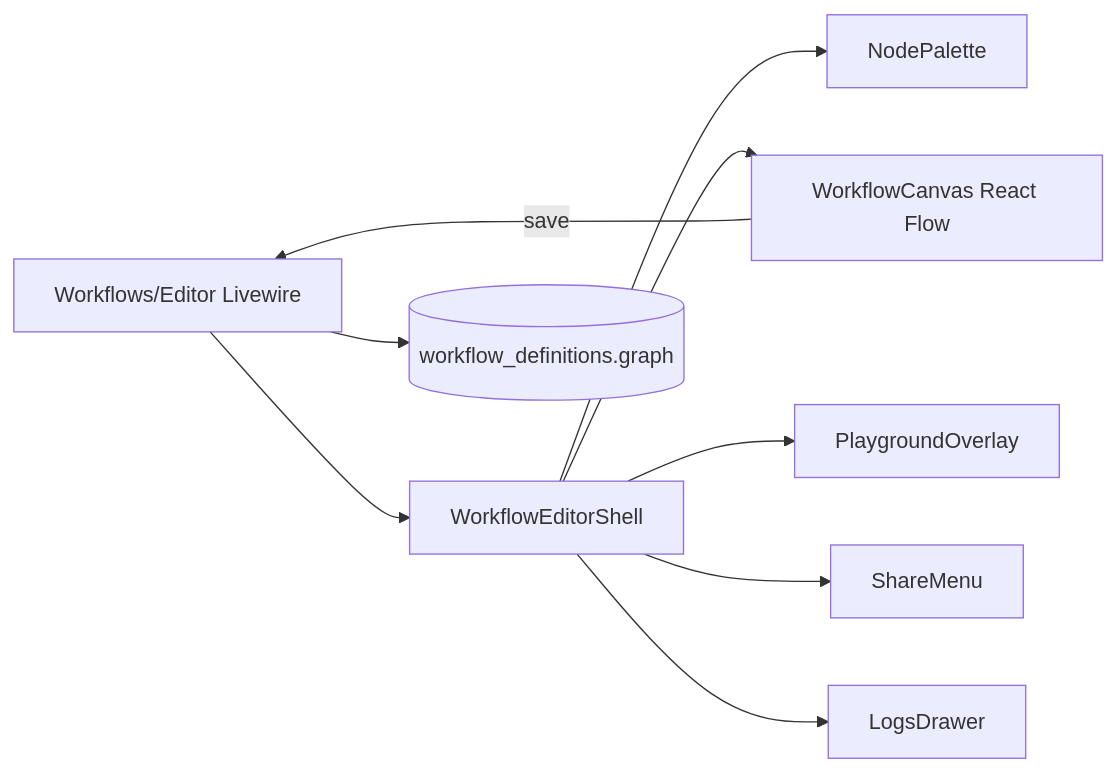
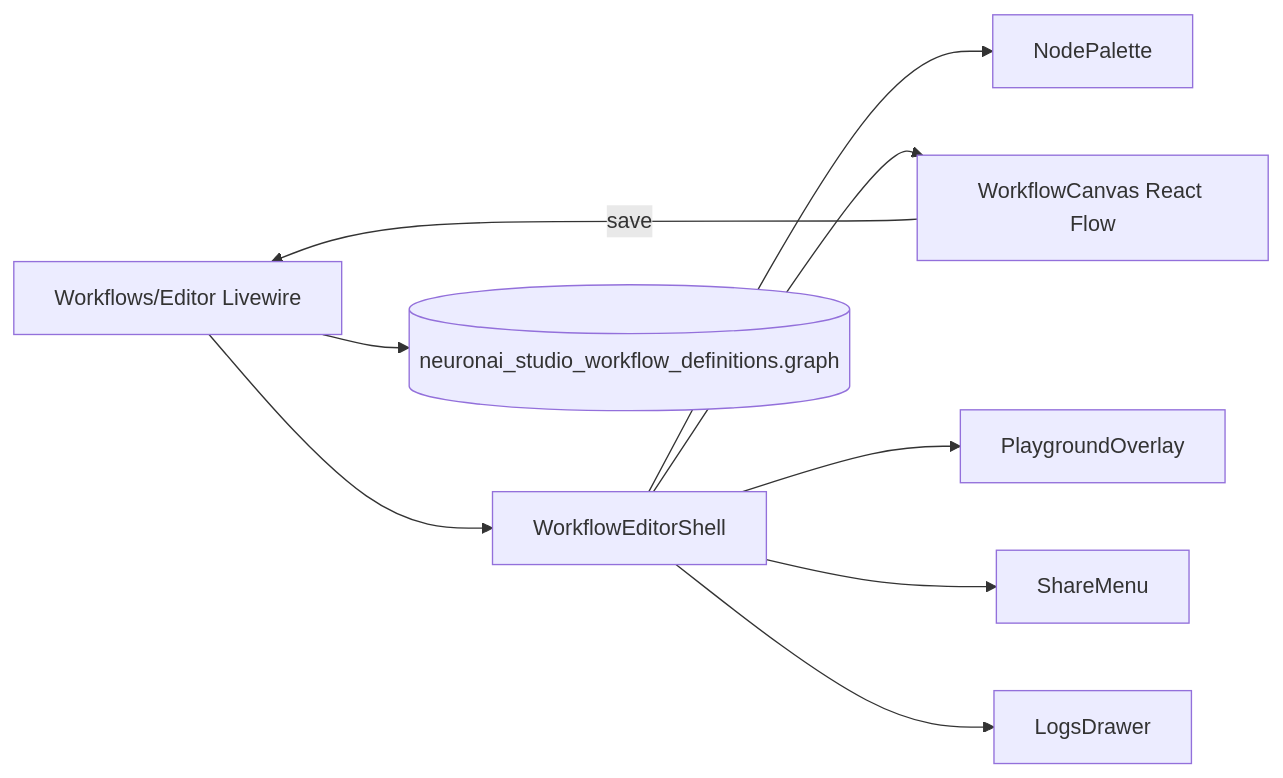
Before and after one commit to digitalelvis/neuronai-studio: the diagram in docs/guides/workflows/canvas-editor.md, drawn with Mermaid. The commit also changed 37 other files, not shown here.

````diff
--- a/docs/guides/workflows/canvas-editor.md
+++ b/docs/guides/workflows/canvas-editor.md
@@ -39,11 +39,11 @@
 ```mermaid
 flowchart LR
     Livewire[Workflows/Editor Livewire] --> Shell[WorkflowEditorShell]
     Shell --> Palette[NodePalette]
     Shell --> Canvas[WorkflowCanvas React Flow]
     Shell --> Playground[PlaygroundOverlay]
     Shell --> Share[ShareMenu]
     Shell --> Logs[LogsDrawer]
     Canvas -->|save| Livewire
-    Livewire --> DB[(workflow_definitions.graph)]
+    Livewire --> DB[(neuronai_studio_workflow_definitions.graph)]
 ```
````
